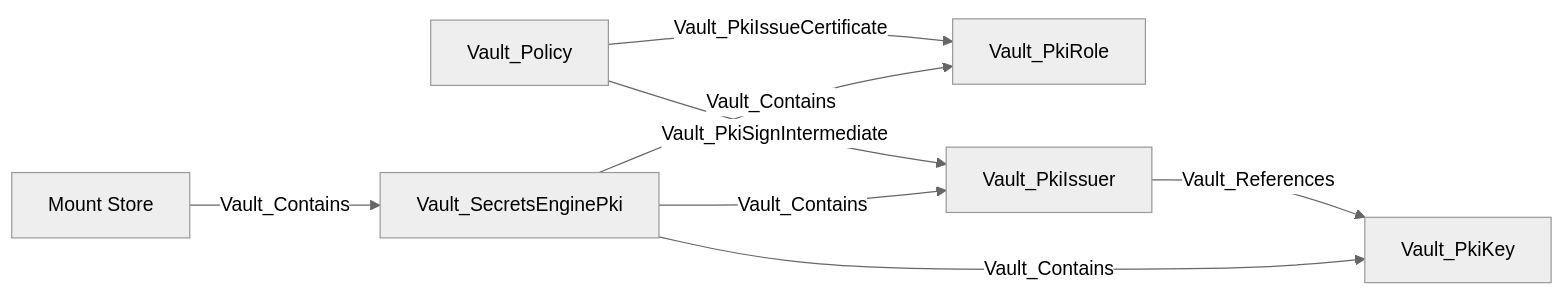
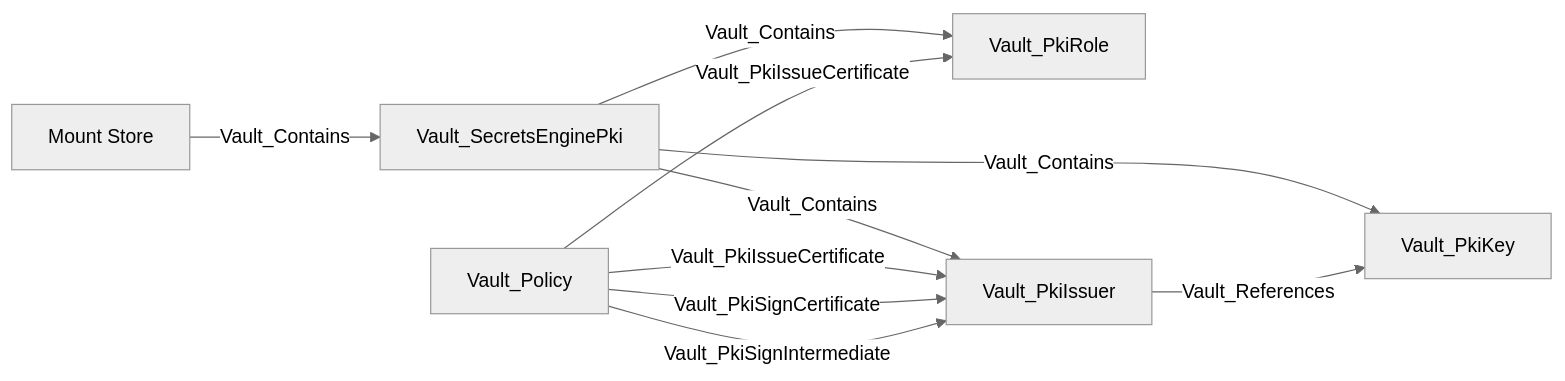
One commit to bytewreck/opengraph-vault changed diagram 20 of 29 in Documentation/stores/MOUNTS.md. Above: the diagram before and after it, drawn with Mermaid (neutral theme). The commit also changed other lines of this file and 12 other files, not shown here.

````diff
--- a/Documentation/stores/MOUNTS.md
+++ b/Documentation/stores/MOUNTS.md
@@ -344,10 +341,12 @@
 ```mermaid
 flowchart LR
     store[Mount Store] -->|Vault_Contains| mount[Vault_SecretsEnginePki]
     mount -->|Vault_Contains| role[Vault_PkiRole]
     mount -->|Vault_Contains| issuer[Vault_PkiIssuer]
     mount -->|Vault_Contains| key[Vault_PkiKey]
     issuer -->|Vault_References| key
     policy[Vault_Policy] -->|Vault_PkiIssueCertificate| role
+    policy -->|Vault_PkiIssueCertificate| issuer
+    policy -->|Vault_PkiSignCertificate| issuer
     policy -->|Vault_PkiSignIntermediate| issuer
 ```
````
